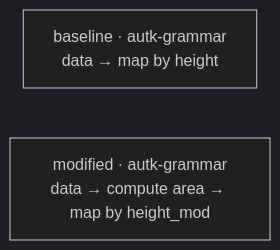
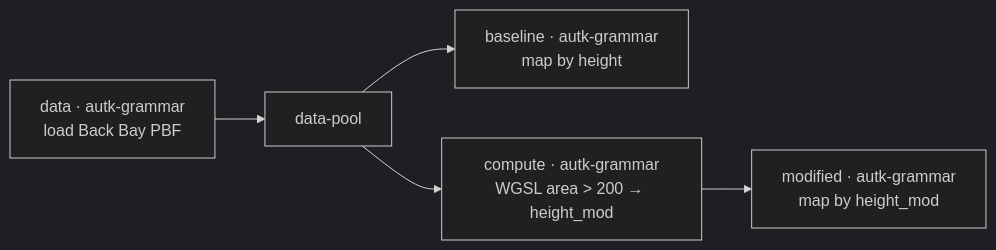
One commit to urban-toolkit/curio changed the diagram in docs/examples/06-autark-what-if-shadow-study.md. Above: the diagram before and after it, drawn with Mermaid (dark theme). The commit also changed other lines of this file and 6 other files, not shown here.

````diff
--- a/docs/examples/06-autark-what-if-shadow-study.md
+++ b/docs/examples/06-autark-what-if-shadow-study.md
@@ -16,5 +17,12 @@
 ```mermaid
 flowchart LR
-  B["baseline · autk-grammar<br/>data → map by height"]
-  M["modified · autk-grammar<br/>data → compute area → map by height_mod"]
+  D["data · autk-grammar<br/>load Back Bay PBF"]
+  P["data-pool"]
+  BM["baseline · autk-grammar<br/>map by height"]
+  C["compute · autk-grammar<br/>WGSL area > 200 → height_mod"]
+  MM["modified · autk-grammar<br/>map by height_mod"]
+  D --> P
+  P --> BM
+  P --> C
+  C --> MM
 ```
````
